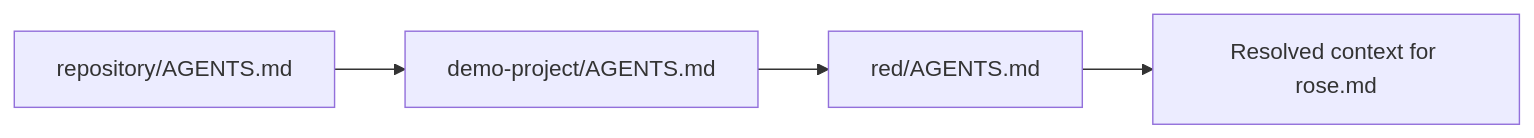
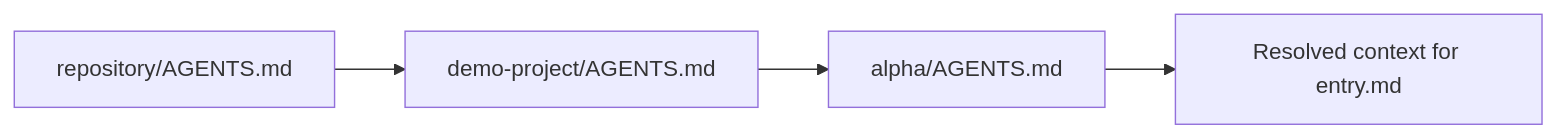
Before and after one commit to EthanThatOneKid/zocomputer-agents.md: the third of 4 diagrams in README.md, drawn with Mermaid. The commit also changed other lines of this file, not shown here.

First line of the commit message:
docs: use alpha/entry.md in README examples instead of red/rose.md

````diff
--- a/README.md
+++ b/README.md
@@ -70,6 +70,6 @@
 ```mermaid
 flowchart LR
     R[repository/AGENTS.md] --> P[demo-project/AGENTS.md]
-    P --> D[red/AGENTS.md]
-    D --> O[Resolved context for rose.md]
+    P --> D[alpha/AGENTS.md]
+    D --> O[Resolved context for entry.md]
 ```
````
